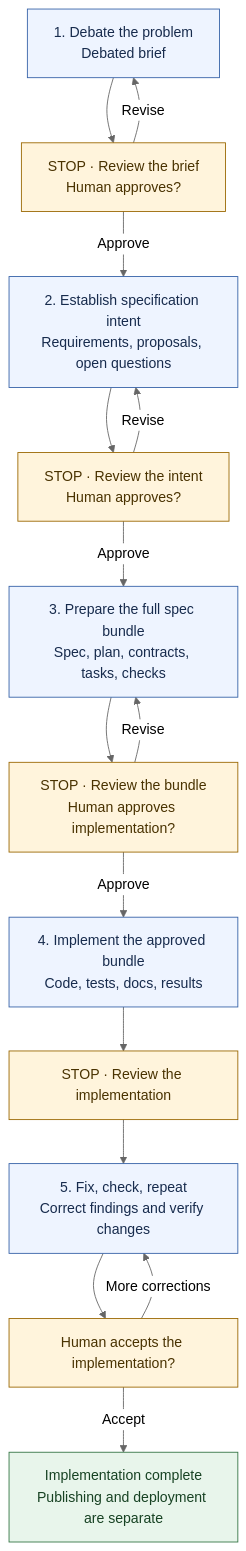
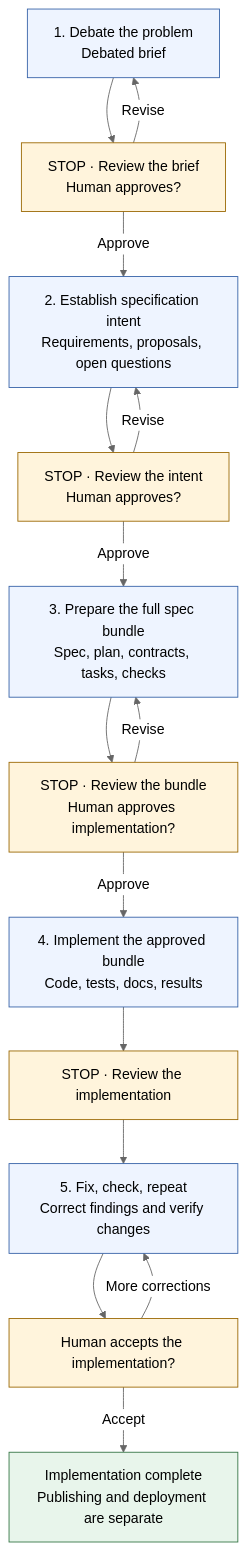
Before and after one commit to ActiveMemory/ctx: the diagram in docs/blog/2026-09-12-beyond-the-dumb-zone.md, drawn with Mermaid (neutral theme). The commit also changed 2 other files, not shown here.

````diff
--- a/docs/blog/2026-09-12-beyond-the-dumb-zone.md
+++ b/docs/blog/2026-09-12-beyond-the-dumb-zone.md
@@ -356,34 +356,34 @@
 ```mermaid
 flowchart TD
     brief["1. Debate the problem<br/>Debated brief"]
     reviewBrief["STOP · Review the brief<br/>Human approves?"]
     intent["2. Establish specification intent<br/>Requirements, proposals, open questions"]
     reviewIntent["STOP · Review the intent<br/>Human approves?"]
     bundle["3. Prepare the full spec bundle<br/>Spec, plan, contracts, tasks, checks"]
     reviewBundle["STOP · Review the bundle<br/>Human approves implementation?"]
     code["4. Implement the approved bundle<br/>Code, tests, docs, results"]
     reviewCode["STOP · Review the implementation"]
     repair["5. Fix, check, repeat<br/>Correct findings and verify changes"]
     accept["Human accepts the implementation?"]
     done["Implementation complete<br/>Publishing and deployment are separate"]
 
     brief --> reviewBrief
     reviewBrief -->|Revise| brief
     reviewBrief -->|Approve| intent
     intent --> reviewIntent
     reviewIntent -->|Revise| intent
     reviewIntent -->|Approve| bundle
     bundle --> reviewBundle
     reviewBundle -->|Revise| bundle
     reviewBundle -->|Approve| code
     code --> reviewCode --> repair --> accept
     accept -->|More corrections| repair
     accept -->|Accept| done
 
-    classDef work fill:#eef4ff,stroke:#3561a7,color:#172b4d;
-    classDef stop fill:#fff4dc,stroke:#9a6700,color:#493200;
-    classDef complete fill:#e8f5eb,stroke:#347544,color:#174223;
+    classDef work fill:#eef4ff,stroke:#3561a7,color:#172b4d !important;
+    classDef stop fill:#fff4dc,stroke:#9a6700,color:#493200 !important;
+    classDef complete fill:#e8f5eb,stroke:#347544,color:#174223 !important;
     class brief,intent,bundle,code,repair work;
     class reviewBrief,reviewIntent,reviewBundle,reviewCode,accept stop;
     class done complete;
 ```
````
